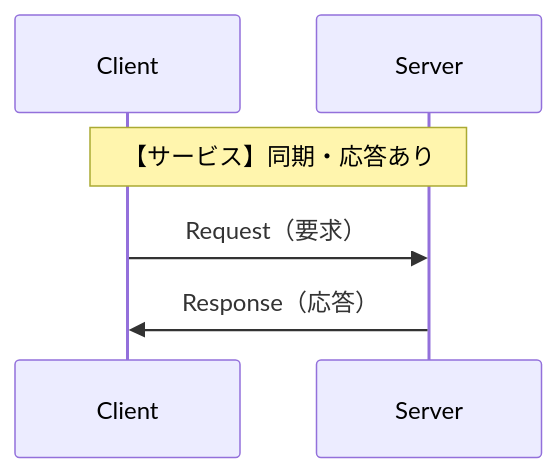
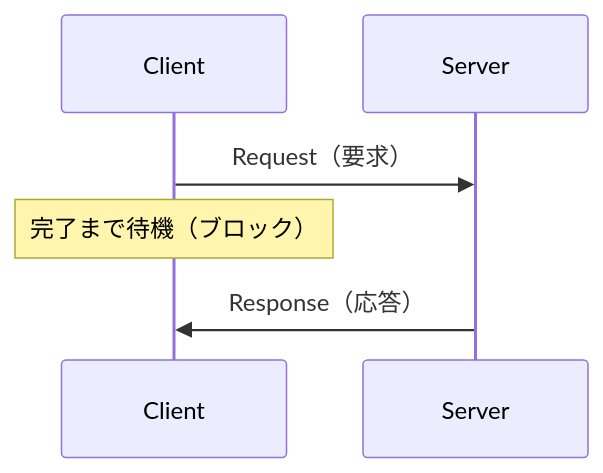
Before and after one commit to Harlequinade1123/ros1-tutorials: the second of 2 diagrams in docs/05_service.md, drawn with Mermaid. The commit also changed other lines of this file and 1 other file, not shown here.

Commit message:
docs: reconstruct Mermaid diagrams in ch.5-6 for conceptual accuracy

````diff
--- a/docs/05_service.md
+++ b/docs/05_service.md
@@ -28,8 +25,8 @@
 ```mermaid
 sequenceDiagram
     participant C as Client
-    participant Srv as Server
-    Note over C,Srv: 【サービス】同期・応答あり
-    C->>Srv: Request（要求）
-    Srv->>C: Response（応答）
+    participant S as Server
+    C->>S: Request（要求）
+    Note over C: 完了まで待機（ブロック）
+    S->>C: Response（応答）
 ```
````
